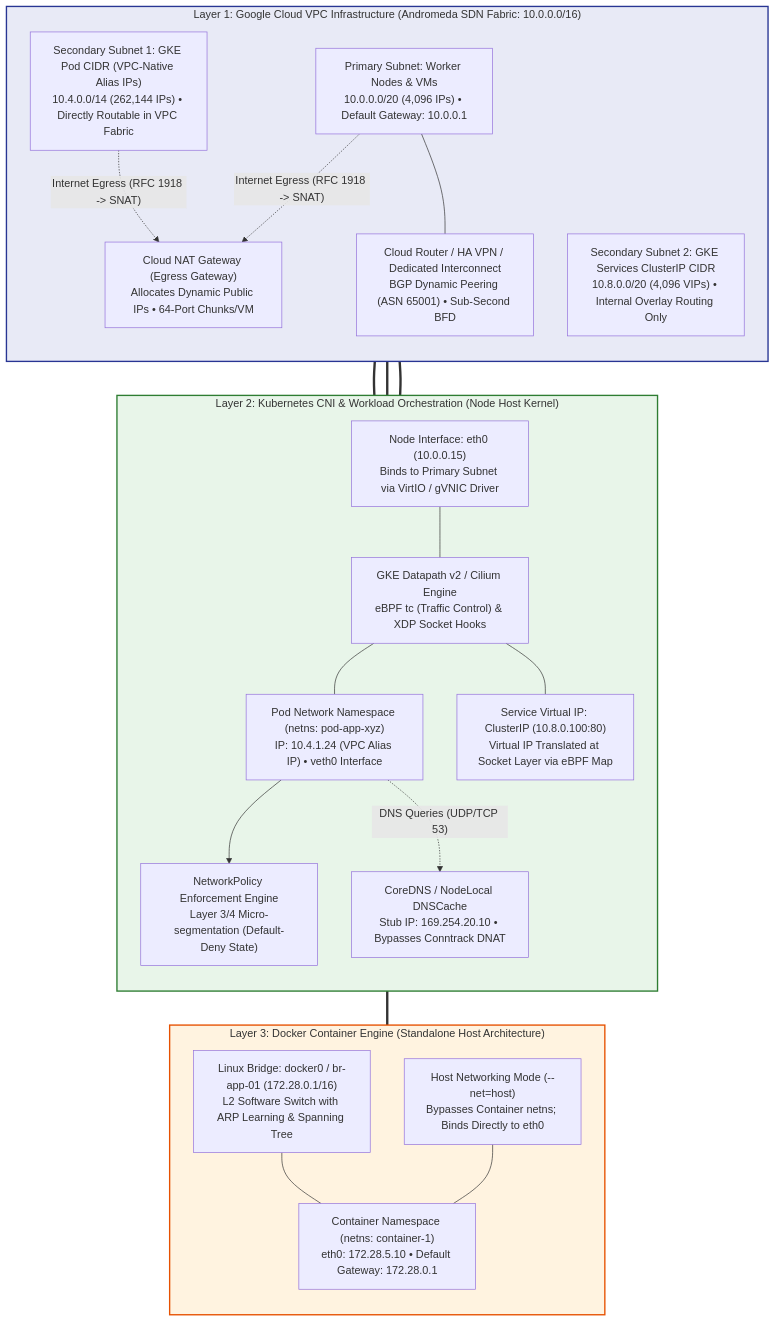
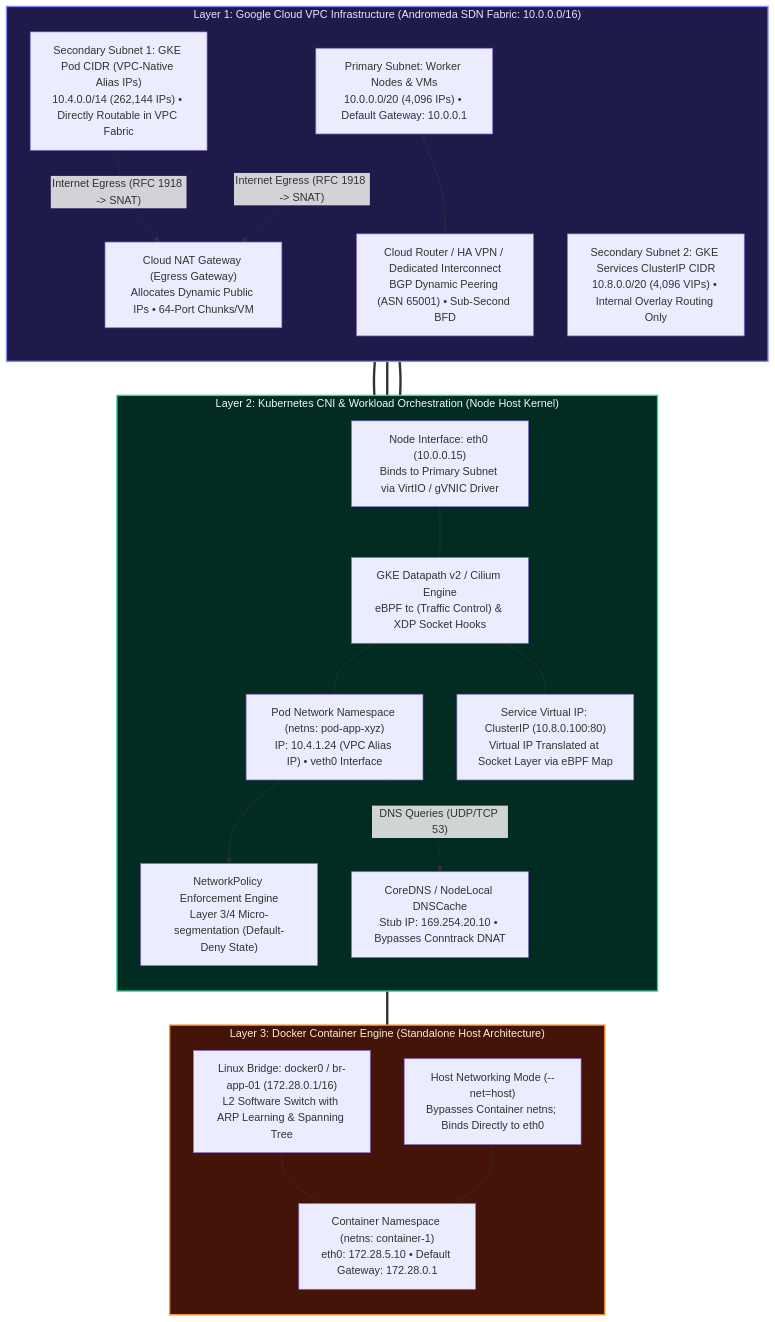
One commit to Chief-Strategist-J/gcd changed the first of 15 diagrams in kubernetes/networking-shell-command.md. Above: the diagram before and after it, drawn with Mermaid. The commit also changed other lines of this file, not shown here.

Commit message:
fix(mermaid): resolve syntax parse errors and apply dark theme colors with clear error pathways

````diff
--- a/kubernetes/networking-shell-command.md
+++ b/kubernetes/networking-shell-command.md
@@ -11,50 +11,50 @@
 ```mermaid
 graph TB
     subgraph VPC["Layer 1: Google Cloud VPC Infrastructure (Andromeda SDN Fabric: 10.0.0.0/16)"]
         direction TB
         SubnetNode["Primary Subnet: Worker Nodes & VMs<br/>10.0.0.0/20 (4,096 IPs) • Default Gateway: 10.0.0.1"]
         SubnetPod["Secondary Subnet 1: GKE Pod CIDR (VPC-Native Alias IPs)<br/>10.4.0.0/14 (262,144 IPs) • Directly Routable in VPC Fabric"]
         SubnetSvc["Secondary Subnet 2: GKE Services ClusterIP CIDR<br/>10.8.0.0/20 (4,096 VIPs) • Internal Overlay Routing Only"]
         CloudNAT["Cloud NAT Gateway (Egress Gateway)<br/>Allocates Dynamic Public IPs • 64-Port Chunks/VM"]
         TransitRouter["Cloud Router / HA VPN / Dedicated Interconnect<br/>BGP Dynamic Peering (ASN 65001) • Sub-Second BFD"]
         
         SubnetNode -. "Internet Egress (RFC 1918 -> SNAT)" .-> CloudNAT
         SubnetPod -. "Internet Egress (RFC 1918 -> SNAT)" .-> CloudNAT
         SubnetNode --- TransitRouter
     end
 
     subgraph K8S["Layer 2: Kubernetes CNI & Workload Orchestration (Node Host Kernel)"]
         direction TB
         NodeNIC["Node Interface: eth0 (10.0.0.15)<br/>Binds to Primary Subnet via VirtIO / gVNIC Driver"]
         CNI["GKE Datapath v2 / Cilium Engine<br/>eBPF tc (Traffic Control) & XDP Socket Hooks"]
         CoreDNS["CoreDNS / NodeLocal DNSCache<br/>Stub IP: 169.254.20.10 • Bypasses Conntrack DNAT"]
         NetPol["NetworkPolicy Enforcement Engine<br/>Layer 3/4 Micro-segmentation (Default-Deny State)"]
         SvcVIP["Service Virtual IP: ClusterIP (10.8.0.100:80)<br/>Virtual IP Translated at Socket Layer via eBPF Map"]
         PodNet["Pod Network Namespace (netns: pod-app-xyz)<br/>IP: 10.4.1.24 (VPC Alias IP) • veth0 Interface"]
 
         NodeNIC --- CNI
         CNI --- PodNet
         CNI --- SvcVIP
         PodNet --> NetPol
         PodNet -. "DNS Queries (UDP/TCP 53)" .-> CoreDNS
     end
 
     subgraph DOCKER["Layer 3: Docker Container Engine (Standalone Host Architecture)"]
         direction TB
         DockerBridge["Linux Bridge: docker0 / br-app-01 (172.28.0.1/16)<br/>L2 Software Switch with ARP Learning & Spanning Tree"]
         DockerHost["Host Networking Mode (--net=host)<br/>Bypasses Container netns; Binds Directly to eth0"]
         ContainerNS["Container Namespace (netns: container-1)<br/>eth0: 172.28.5.10 • Default Gateway: 172.28.0.1"]
 
         DockerBridge --- ContainerNS
         DockerHost --- ContainerNS
     end
 
     SubnetNode === NodeNIC
     SubnetPod === PodNet
     SubnetSvc === SvcVIP
     NodeNIC === DockerHost
 
-    style VPC fill:#e8eaf6,stroke:#283593,stroke-width:2px
-    style K8S fill:#e8f5e9,stroke:#2e7d32,stroke-width:2px
-    style DOCKER fill:#fff3e0,stroke:#e65100,stroke-width:2px
+    style VPC fill:#1e1b4b,stroke:#818cf8,stroke-width:2px,color:#e0e7ff
+    style K8S fill:#022c22,stroke:#34d399,stroke-width:2px,color:#ecfdf5
+    style DOCKER fill:#431407,stroke:#fb923c,stroke-width:2px,color:#ffedd5
 ```
````
